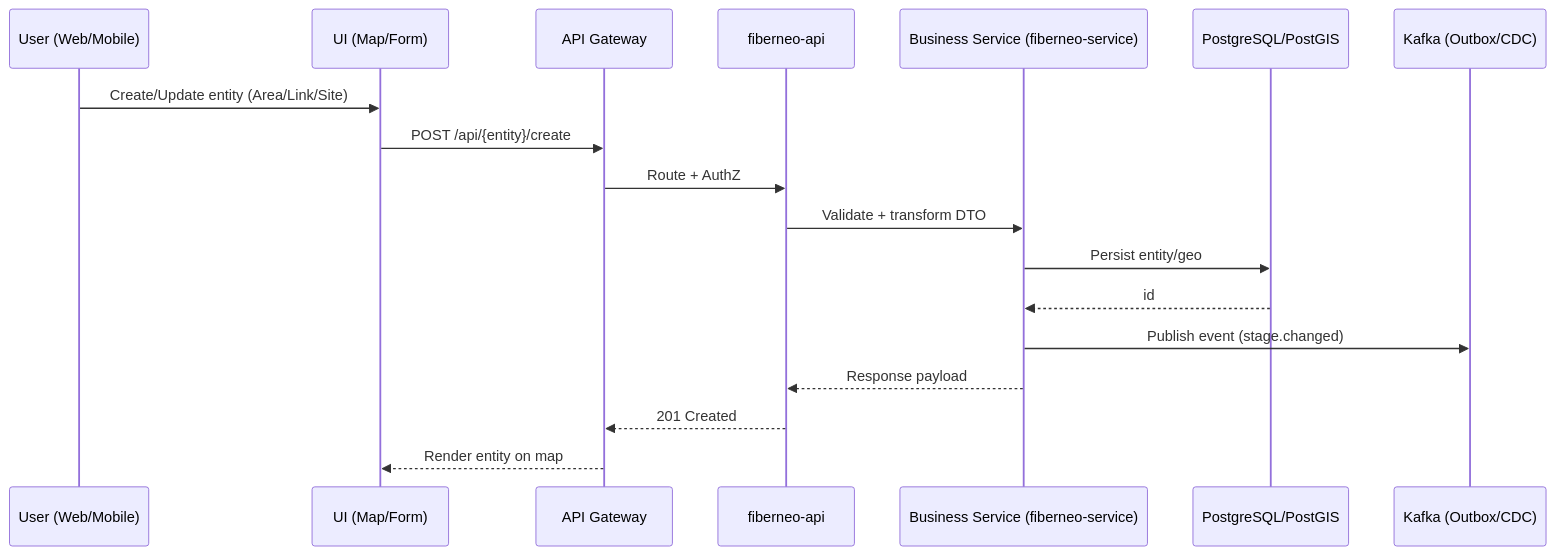
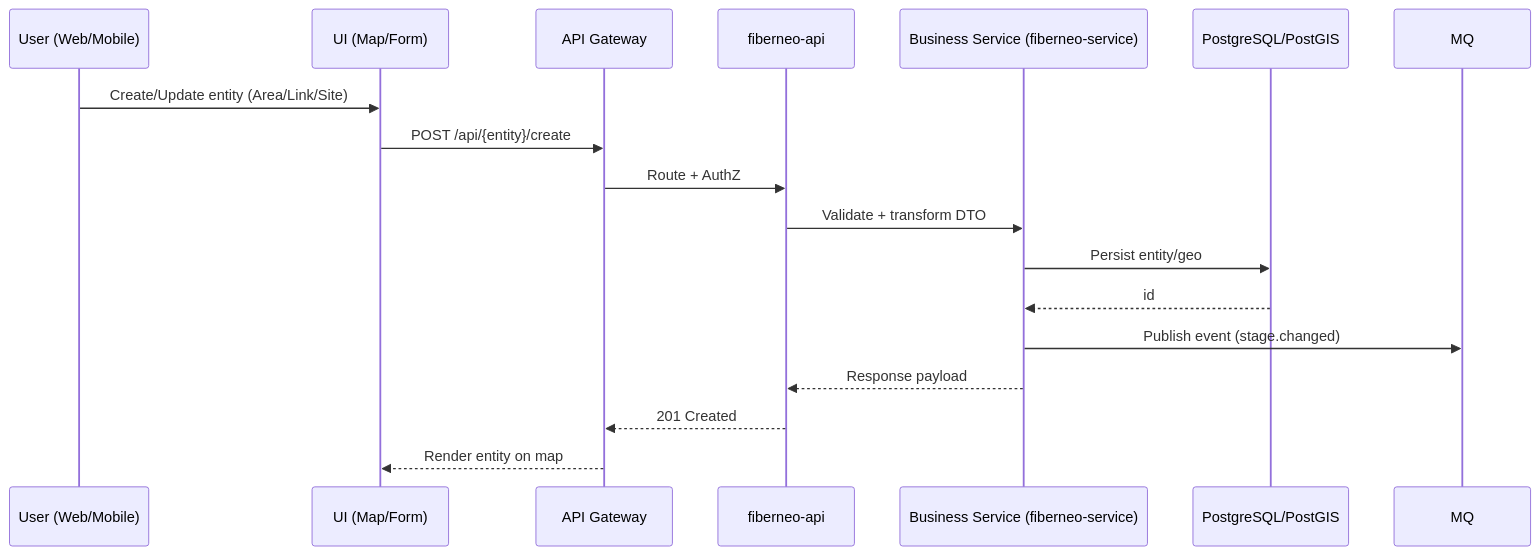
One commit to BhavikVisionGit/Fiberneo-Documents changed the third of 13 diagrams in Fiberneo-Document/LLD/LLD.md. Above: the diagram before and after it, drawn with Mermaid. The commit also changed other lines of this file and 1 other file, not shown here.

````diff
--- a/Fiberneo-Document/LLD/LLD.md
+++ b/Fiberneo-Document/LLD/LLD.md
@@ -237,21 +234,20 @@
 ```mermaid
 sequenceDiagram
   participant U as User (Web/Mobile)
   participant UI as UI (Map/Form)
   participant GW as API Gateway
   participant API as fiberneo-api
   participant SVC as Business Service (fiberneo-service)
   participant DB as PostgreSQL/PostGIS
-  participant MQ as Kafka (Outbox/CDC)
 
   U->>UI: Create/Update entity (Area/Link/Site)
   UI->>GW: POST /api/{entity}/create
   GW->>API: Route + AuthZ
   API->>SVC: Validate + transform DTO
   SVC->>DB: Persist entity/geo
   DB-->>SVC: id
   SVC->>MQ: Publish event (stage.changed)
   SVC-->>API: Response payload
   API-->>GW: 201 Created
   GW-->>UI: Render entity on map
 ```
````
